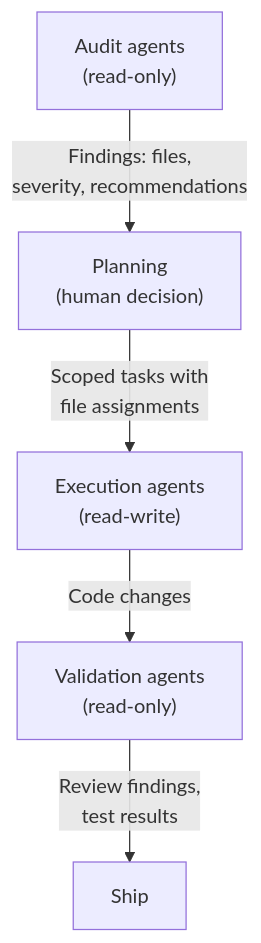
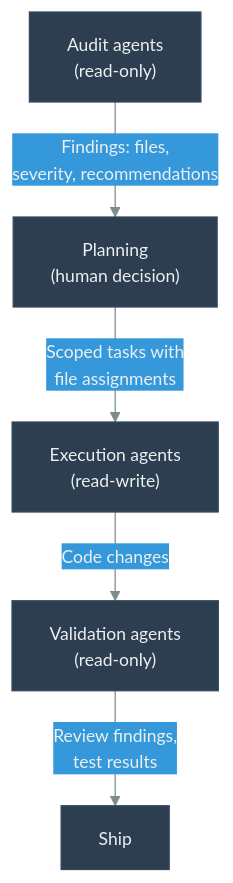
One commit to danielmeppiel/agentic-sdlc-handbook changed the second of 7 diagrams in handbook/ch12-multi-agent-orchestration.qmd. Above: the diagram before and after it, drawn with Mermaid. The commit also changed other lines of this file and 20 other files, not shown here.

First line of the commit message:
feat: add accessibility metadata and consistent theme to all 35 diagrams

````diff
--- a/handbook/ch12-multi-agent-orchestration.qmd
+++ b/handbook/ch12-multi-agent-orchestration.qmd
@@ -136,8 +140,12 @@
 ```{mermaid}
 %%| fig-width: 4.5
+%%| fig-cap: "Audit, Execute, Validate pattern"
+%%| fig-alt: "Flowchart showing a four-stage pipeline: Audit agents (read-only) produce findings with files, severity, and recommendations, which flow to Planning (human decision), then to Execution agents (read-write) with scoped tasks and file assignments producing code changes, then to Validation agents (read-only) producing review findings and test results, ending at Ship."
+%%| label: fig-audit-execute-validate
+%%{init: {'theme': 'base', 'themeVariables': {'primaryColor': '#2c3e50', 'primaryTextColor': '#ecf0f1', 'primaryBorderColor': '#34495e', 'lineColor': '#7f8c8d', 'secondaryColor': '#3498db', 'tertiaryColor': '#ecf0f1', 'fontSize': '14px'}}}%%
 flowchart TD
     A["Audit agents<br/>(read-only)"] -->|"Findings: files,<br/>severity, recommendations"| B["Planning<br/>(human decision)"]
     B -->|"Scoped tasks with<br/>file assignments"| C["Execution agents<br/>(read-write)"]
     C -->|"Code changes"| D["Validation agents<br/>(read-only)"]
     D -->|"Review findings,<br/>test results"| E["Ship"]
 ```
````
